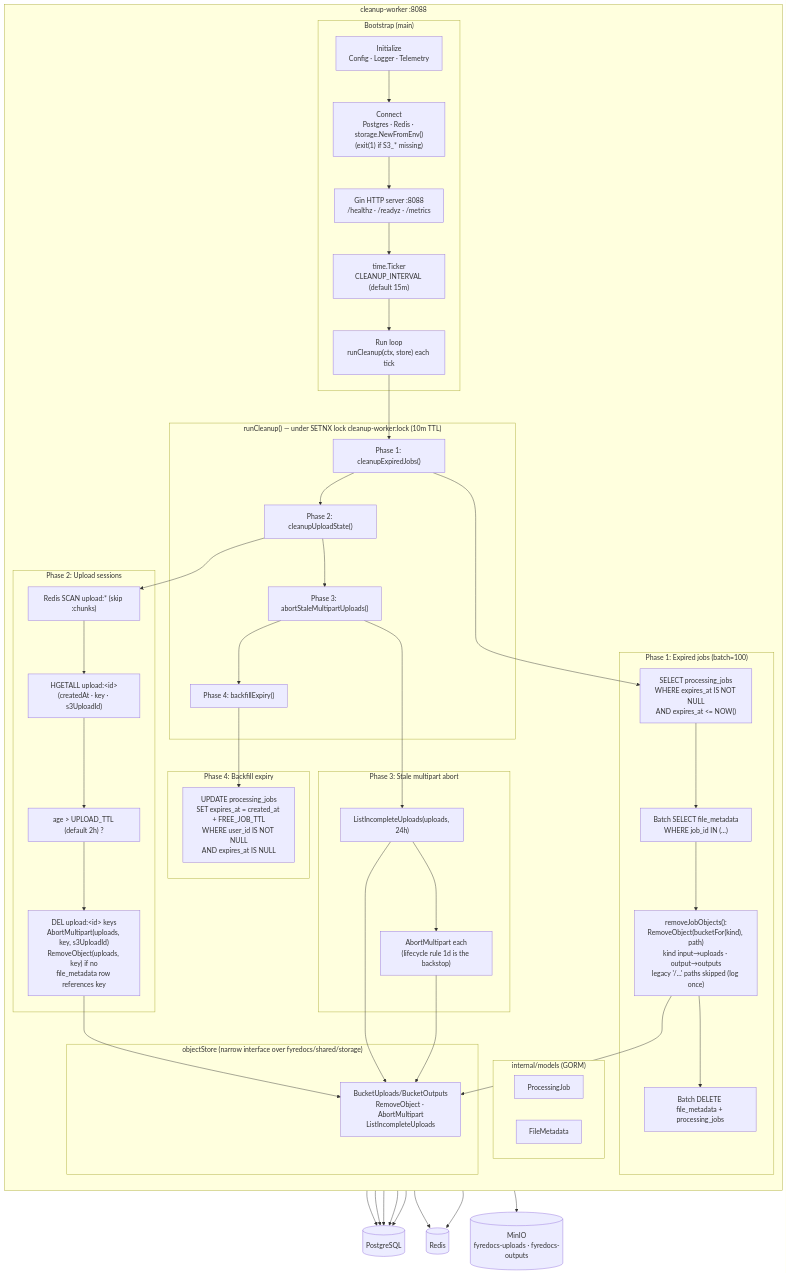
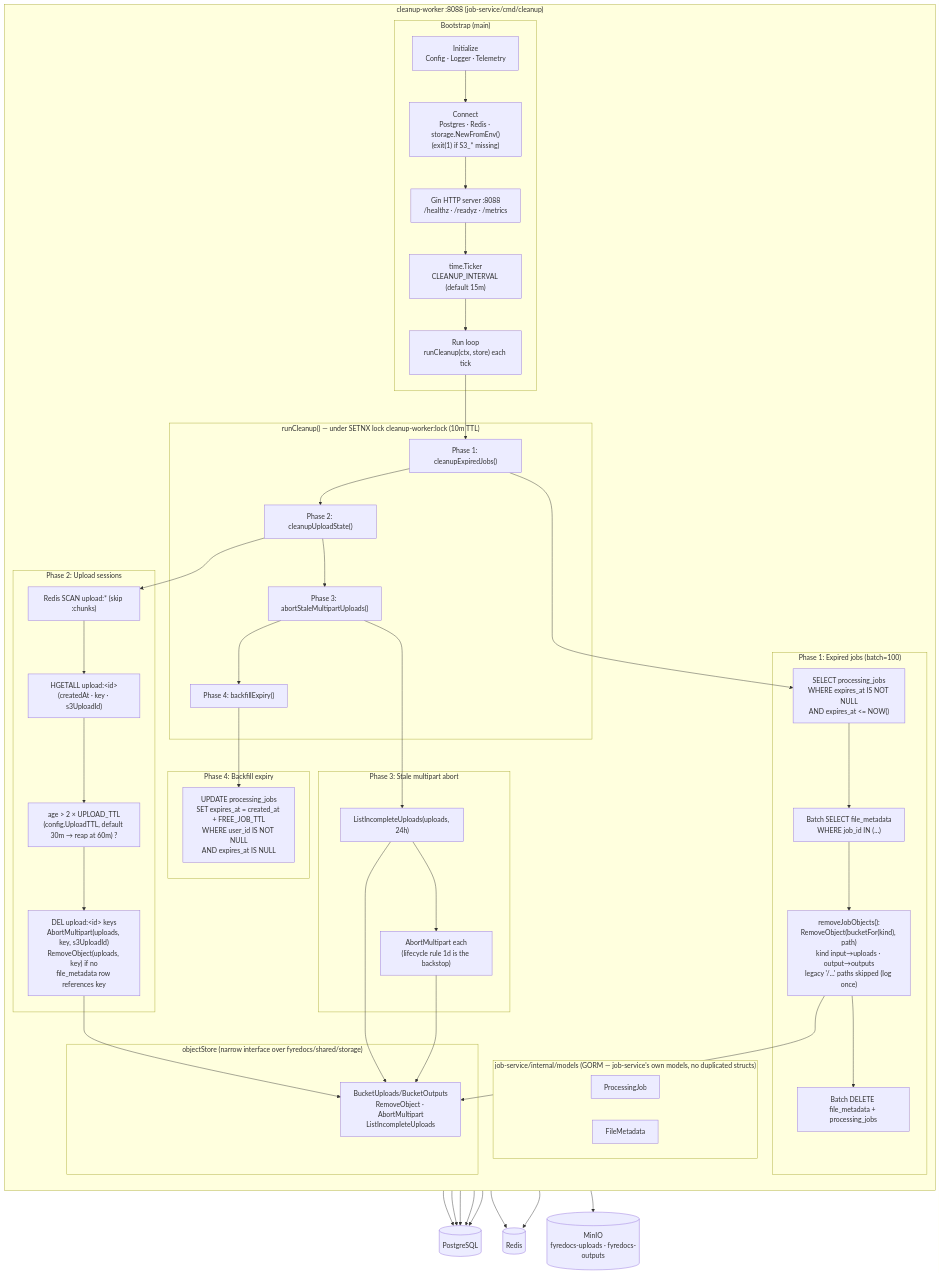
The first of 4 diagrams in docs/developer/mermaid/service-cleanup-worker-architecture.md (Prachidubey2003/fyredocs_backend), drawn with Mermaid before and after one commit. The commit also changed other lines of this file and 130 other files, not shown here.

````diff
--- a/docs/developer/mermaid/service-cleanup-worker-architecture.md
+++ b/docs/developer/mermaid/service-cleanup-worker-architecture.md
@@ -7,66 +7,66 @@
 ```mermaid
 graph TB
-    subgraph cleanup-worker[" cleanup-worker :8088 "]
+    subgraph cleanup-worker[" cleanup-worker :8088 (job-service/cmd/cleanup) "]
         direction TB
 
         subgraph Bootstrap["Bootstrap (main)"]
             INIT["Initialize<br/>Config · Logger · Telemetry"]
             CONNECT["Connect<br/>Postgres · Redis · storage.NewFromEnv()<br/>(exit(1) if S3_* missing)"]
             HTTP["Gin HTTP server :8088<br/>/healthz · /readyz · /metrics"]
             TICKER["time.Ticker<br/>CLEANUP_INTERVAL (default 15m)"]
             LOOP["Run loop<br/>runCleanup(ctx, store) each tick"]
         end
 
         subgraph Cleanup["runCleanup() — under SETNX lock cleanup-worker:lock (10m TTL)"]
             P1["Phase 1: cleanupExpiredJobs()"]
             P2["Phase 2: cleanupUploadState()"]
             P3["Phase 3: abortStaleMultipartUploads()"]
             P4["Phase 4: backfillExpiry()"]
         end
 
         subgraph P1Detail["Phase 1: Expired jobs (batch=100)"]
             P1A["SELECT processing_jobs<br/>WHERE expires_at IS NOT NULL<br/>AND expires_at <= NOW()"]
             P1B["Batch SELECT file_metadata<br/>WHERE job_id IN (...)"]
             P1C["removeJobObjects():<br/>RemoveObject(bucketFor(kind), path)<br/>kind input→uploads · output→outputs<br/>legacy '/...' paths skipped (log once)"]
             P1D["Batch DELETE file_metadata + processing_jobs"]
         end
 
         subgraph P2Detail["Phase 2: Upload sessions"]
             P2A["Redis SCAN upload:* (skip :chunks)"]
             P2B["HGETALL upload:&lt;id&gt;<br/>(createdAt · key · s3UploadId)"]
-            P2C["age > UPLOAD_TTL (default 2h) ?"]
+            P2C["age > 2 × UPLOAD_TTL<br/>(config.UploadTTL, default 30m → reap at 60m) ?"]
             P2D["DEL upload:&lt;id&gt; keys<br/>AbortMultipart(uploads, key, s3UploadId)<br/>RemoveObject(uploads, key) if no<br/>file_metadata row references key"]
         end
 
         subgraph P3Detail["Phase 3: Stale multipart abort"]
             P3A["ListIncompleteUploads(uploads, 24h)"]
             P3B["AbortMultipart each<br/>(lifecycle rule 1d is the backstop)"]
         end
 
         subgraph P4Detail["Phase 4: Backfill expiry"]
             P4A["UPDATE processing_jobs<br/>SET expires_at = created_at + FREE_JOB_TTL<br/>WHERE user_id IS NOT NULL<br/>AND expires_at IS NULL"]
         end
 
-        subgraph Models["internal/models (GORM)"]
+        subgraph Models["job-service/internal/models (GORM — job-service's own models, no duplicated structs)"]
             JM["ProcessingJob"]
             FM["FileMetadata"]
         end
 
         subgraph Store["objectStore (narrow interface over fyredocs/shared/storage)"]
             ST["BucketUploads/BucketOutputs<br/>RemoveObject · AbortMultipart<br/>ListIncompleteUploads"]
         end
     end
 
     INIT --> CONNECT --> HTTP --> TICKER --> LOOP
     LOOP --> P1 --> P2 --> P3 --> P4
 
     P1 --> P1A --> P1B --> P1C --> P1D
     P2 --> P2A --> P2B --> P2C --> P2D
     P3 --> P3A --> P3B
     P4 --> P4A
 
     P1A & P1B & P1D & P2D & P4A --> PG[(PostgreSQL)]
     P2A & P2B --> RD[(Redis)]
     P1C & P2D & P3A & P3B --> ST
     ST --> S3[(MinIO<br/>fyredocs-uploads · fyredocs-outputs)]
 ```
````
